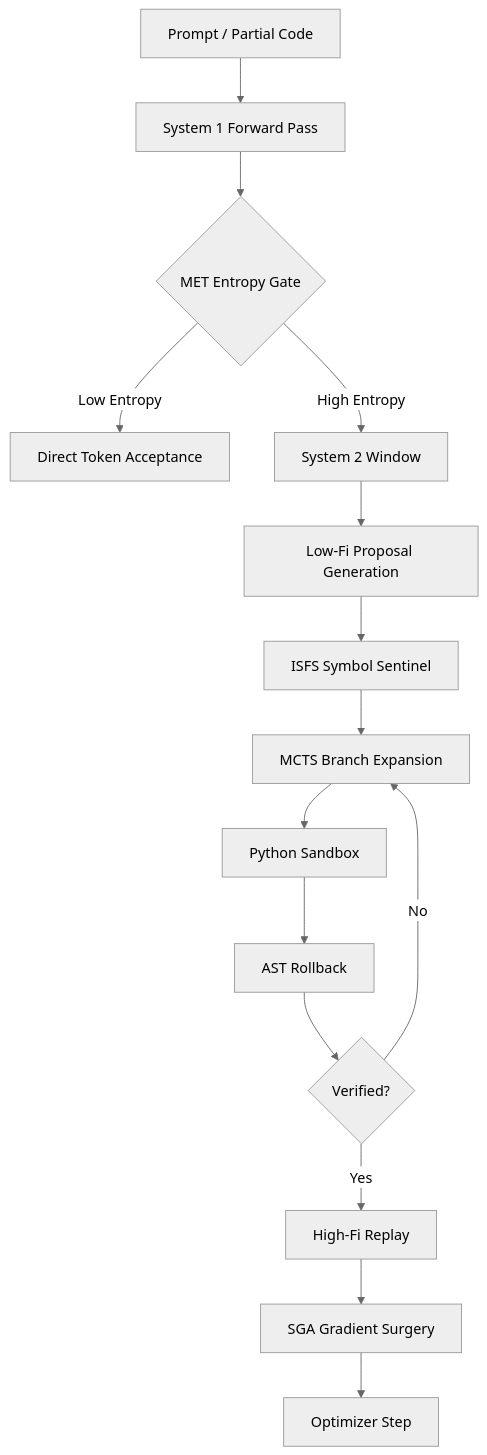
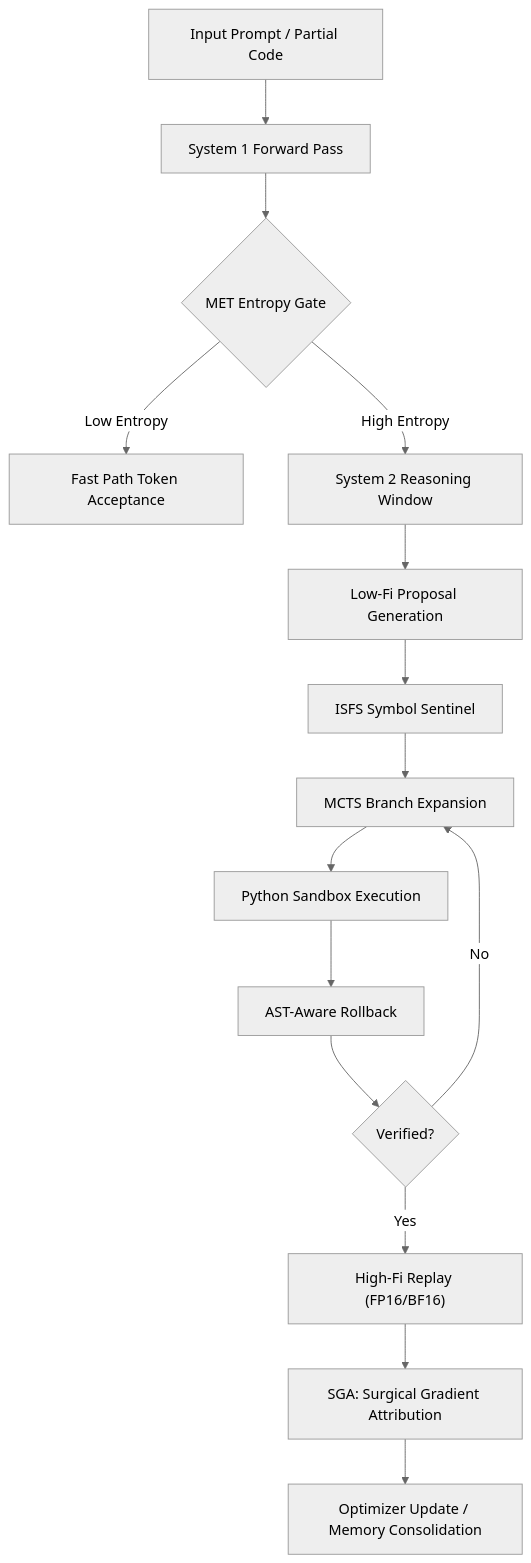
Before and after one commit to Novamind-CS/Novamind-CS: the diagram in README.md, drawn with Mermaid (neutral theme). The commit also changed other lines of this file, not shown here.

````diff
--- a/README.md
+++ b/README.md
@@ -107,17 +206,19 @@
 ```mermaid
 flowchart TD
-    A["Prompt / Partial Code"] --> B["System 1 Forward Pass"]
+    A["Input Prompt / Partial Code"] --> B["System 1 Forward Pass"]
     B --> C{"MET Entropy Gate"}
-    C -->|Low Entropy| D["Direct Token Acceptance"]
-    C -->|High Entropy| E["System 2 Window"]
+    C -->|Low Entropy| D["Fast Path Token Acceptance"]
+    C -->|High Entropy| E["System 2 Reasoning Window"]
+
     E --> F["Low-Fi Proposal Generation"]
     F --> G["ISFS Symbol Sentinel"]
     G --> H["MCTS Branch Expansion"]
-    H --> I["Python Sandbox"]
-    I --> J["AST Rollback"]
+    H --> I["Python Sandbox Execution"]
+    I --> J["AST-Aware Rollback"]
+
     J --> K{"Verified?"}
     K -->|No| H
-    K -->|Yes| L["High-Fi Replay"]
-    L --> M["SGA Gradient Surgery"]
-    M --> N["Optimizer Step"]
+    K -->|Yes| L["High-Fi Replay (FP16/BF16)"]
+    L --> M["SGA: Surgical Gradient Attribution"]
+    M --> N["Optimizer Update / Memory Consolidation"]
 ```
````
